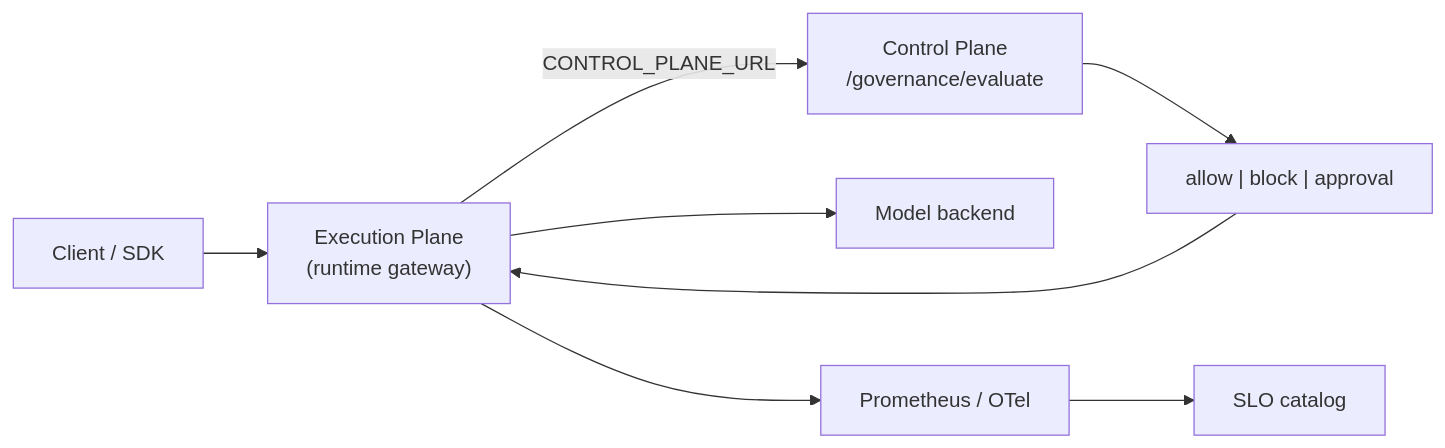
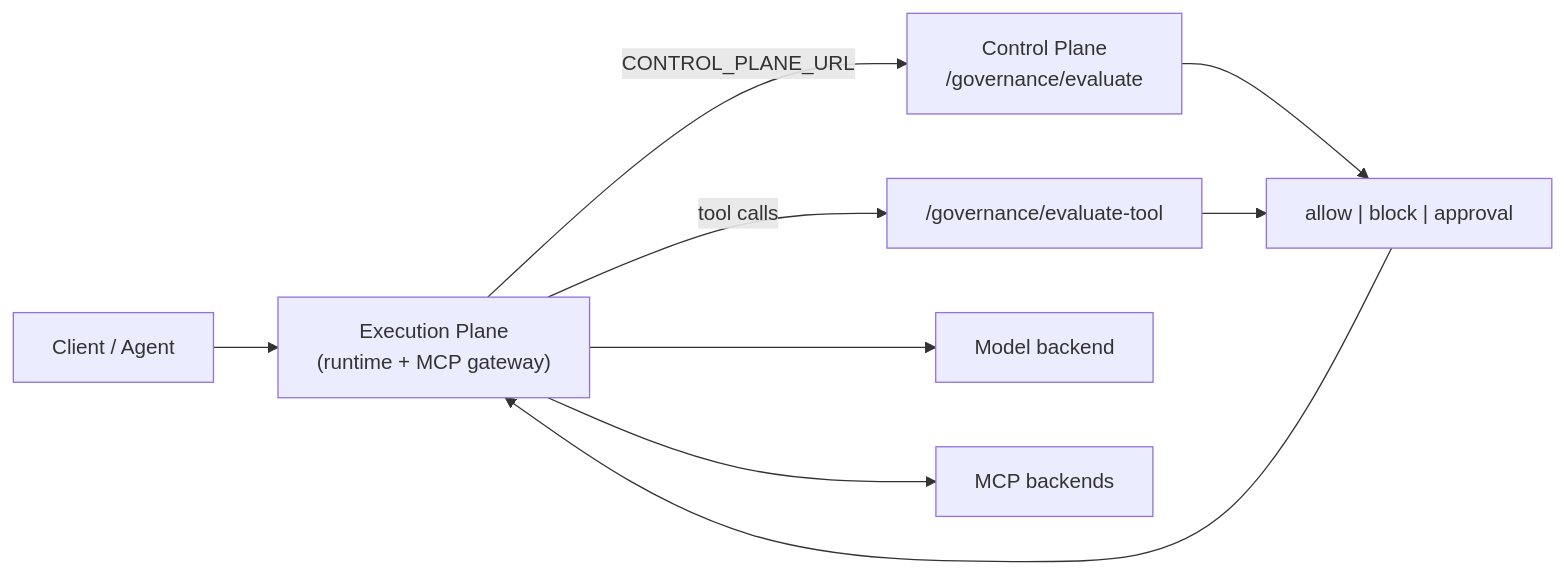
The diagram in docs/product-roadmap.md (justrunme/ai-infra-control-plane), drawn with Mermaid before and after one commit. The commit also changed other lines of this file and 25 other files, not shown here.

First line of the commit message:
feat: add MCP tool registry, prompt security, and agent registry

````diff
--- a/docs/product-roadmap.md
+++ b/docs/product-roadmap.md
@@ -43,10 +42,11 @@
 ```mermaid
 flowchart LR
-  Client["Client / SDK"] --> Gateway["Execution Plane\n(runtime gateway)"]
+  Client["Client / Agent"] --> Gateway["Execution Plane\n(runtime + MCP gateway)"]
   Gateway -->|CONTROL_PLANE_URL| Control["Control Plane\n/governance/evaluate"]
+  Gateway -->|tool calls| ToolEval["/governance/evaluate-tool"]
   Control --> Verdict["allow | block | approval"]
+  ToolEval --> Verdict
   Verdict --> Gateway
   Gateway --> Model["Model backend"]
-  Gateway --> Metrics["Prometheus / OTel"]
-  Metrics --> SLO["SLO catalog"]
+  Gateway --> MCP["MCP backends"]
 ```
````
